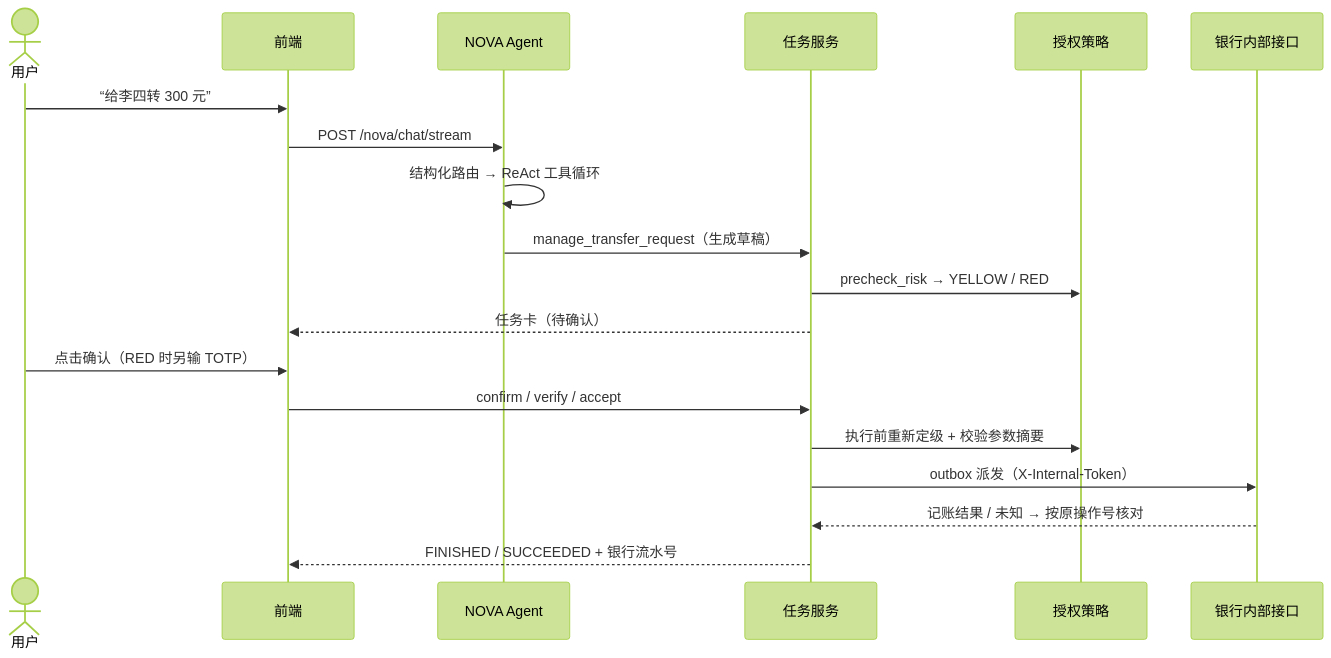
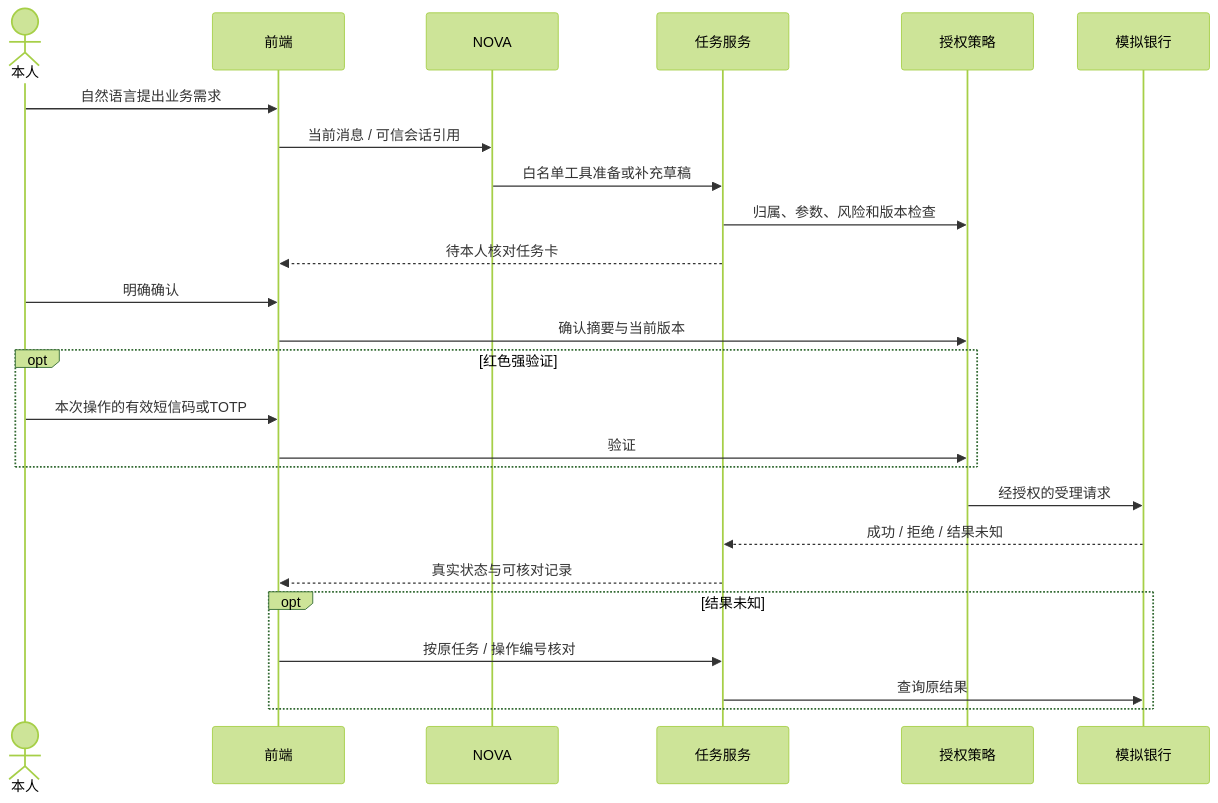
Before and after one commit to Stainnifuski/2026-Fintechathon-ai-banking-agent: the third of 4 diagrams in 技术文档.md, drawn with Mermaid (forest theme). The commit also changed other lines of this file and 39 other files, not shown here.

````diff
--- a/技术文档.md
+++ b/技术文档.md
@@ -61,21 +60,27 @@
 ```mermaid
 sequenceDiagram
-    actor User as 用户
-    participant FE as 前端
-    participant NOVA as NOVA Agent
-    participant Task as 任务服务
-    participant Auth as 授权策略
-    participant Bank as 银行内部接口
-    User->>FE: “给李四转 300 元”
-    FE->>NOVA: POST /nova/chat/stream
-    NOVA->>NOVA: 结构化路由 → ReAct 工具循环
-    NOVA->>Task: manage_transfer_request（生成草稿）
-    Task->>Auth: precheck_risk → YELLOW / RED
-    Task-->>FE: 任务卡（待确认）
-    User->>FE: 点击确认（RED 时另输 TOTP）
-    FE->>Task: confirm / verify / accept
-    Task->>Auth: 执行前重新定级 + 校验参数摘要
-    Task->>Bank: outbox 派发（X-Internal-Token）
-    Bank-->>Task: 记账结果 / 未知 → 按原操作号核对
-    Task-->>FE: FINISHED / SUCCEEDED + 银行流水号
+  actor U as 本人
+  participant F as 前端
+  participant A as NOVA
+  participant T as 任务服务
+  participant G as 授权策略
+  participant B as 模拟银行
+  U->>F: 自然语言提出业务需求
+  F->>A: 当前消息 / 可信会话引用
+  A->>T: 白名单工具准备或补充草稿
+  T->>G: 归属、参数、风险和版本检查
+  T-->>F: 待本人核对任务卡
+  U->>F: 明确确认
+  F->>G: 确认摘要与当前版本
+  opt 红色强验证
+    U->>F: 本次操作的有效短信码或TOTP
+    F->>G: 验证
+  end
+  G->>B: 经授权的受理请求
+  B-->>T: 成功 / 拒绝 / 结果未知
+  T-->>F: 真实状态与可核对记录
+  opt 结果未知
+    F->>T: 按原任务 / 操作编号核对
+    T->>B: 查询原结果
+  end
 ```
````
